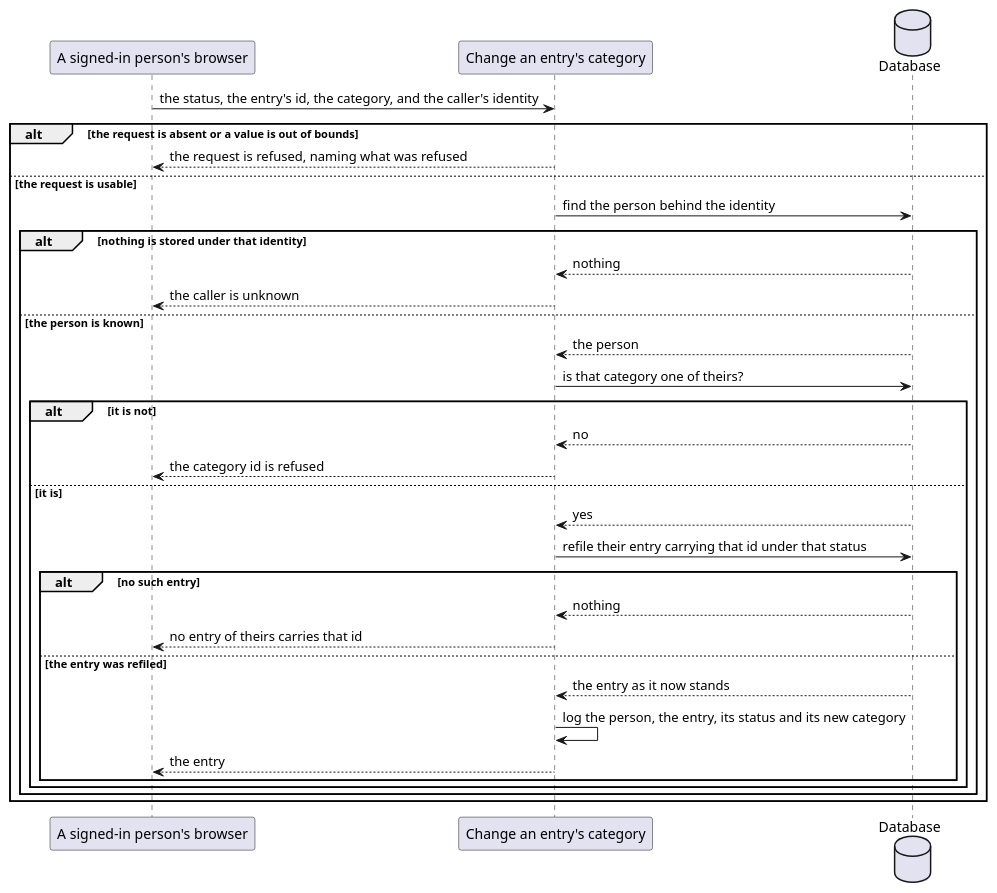
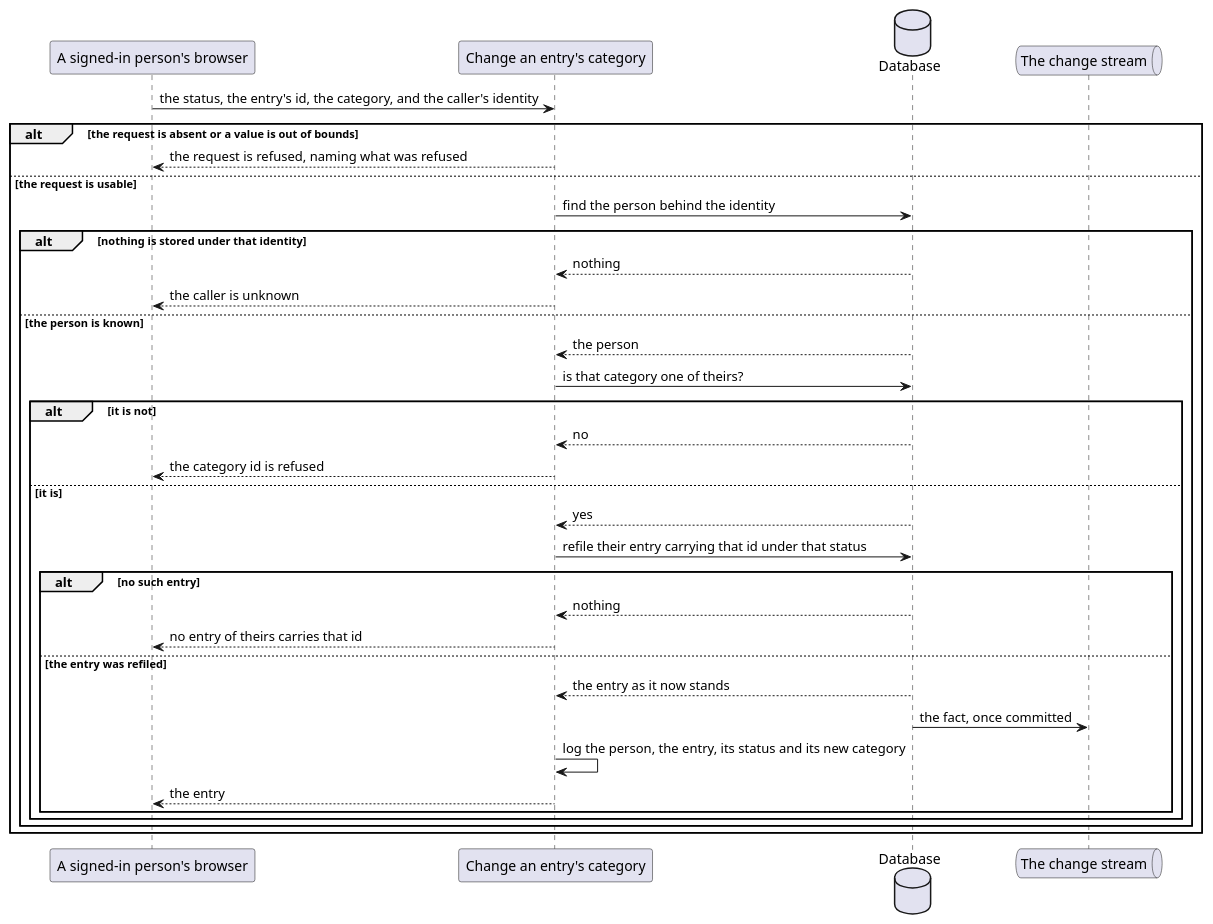
Before and after one commit to ds-usova/finance-bot: the second of 2 diagrams in ledger-service/docs/usecases/change-an-expense-category.md, drawn with PlantUML. The commit also changed other lines of this file and 13 other files, not shown here.

````diff
--- a/ledger-service/docs/usecases/change-an-expense-category.md
+++ b/ledger-service/docs/usecases/change-an-expense-category.md
@@ -94,37 +95,39 @@
 ```plantuml
 @startuml ChangeAnExpenseCategory-Sequence
 participant "A signed-in person's browser" as Web
 participant "Change an entry's category" as UC
 database "Database" as DB
+queue "The change stream" as Stream
 
 Web -> UC : the status, the entry's id, the category, and the caller's identity
 
 alt the request is absent or a value is out of bounds
   UC --> Web : the request is refused, naming what was refused
 else the request is usable
   UC -> DB : find the person behind the identity
   alt nothing is stored under that identity
     DB --> UC : nothing
     UC --> Web : the caller is unknown
   else the person is known
     DB --> UC : the person
     UC -> DB : is that category one of theirs?
     alt it is not
       DB --> UC : no
       UC --> Web : the category id is refused
     else it is
       DB --> UC : yes
       UC -> DB : refile their entry carrying that id under that status
       alt no such entry
         DB --> UC : nothing
         UC --> Web : no entry of theirs carries that id
       else the entry was refiled
         DB --> UC : the entry as it now stands
+        DB -> Stream : the fact, once committed
         UC -> UC : log the person, the entry, its status and its new category
         UC --> Web : the entry
       end
     end
   end
 end
 @enduml
 ```
````
